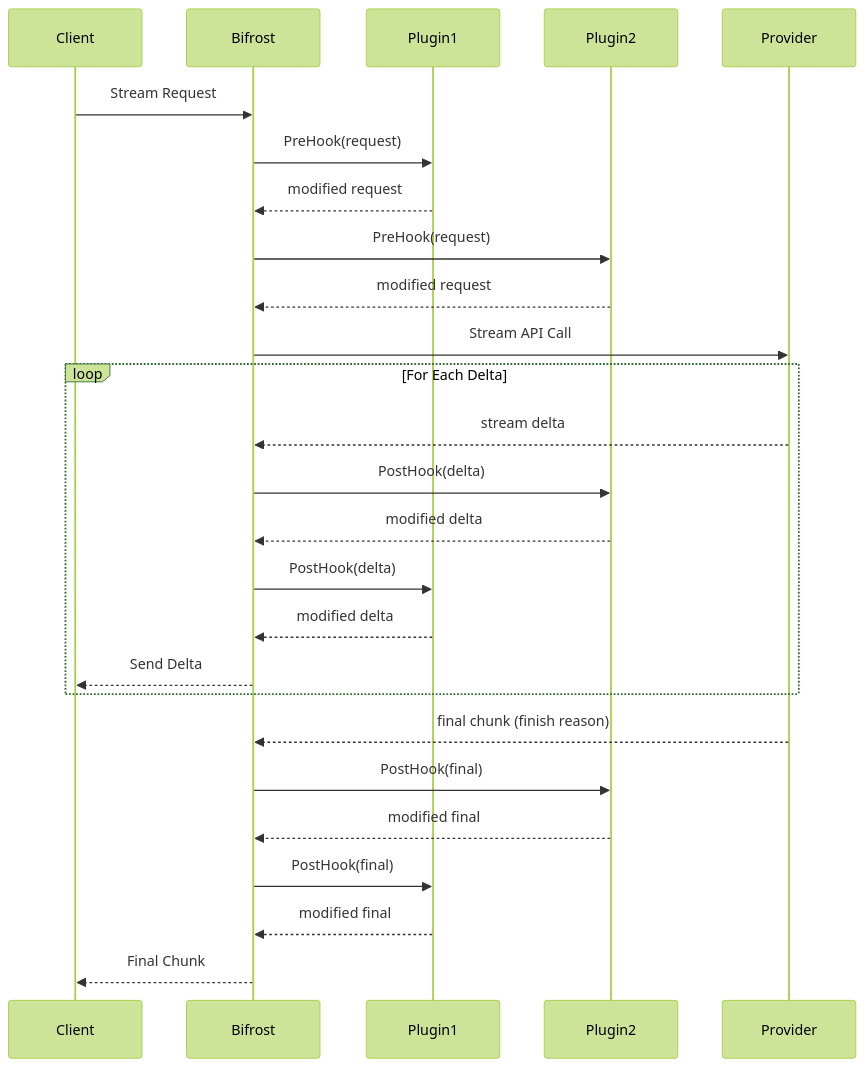
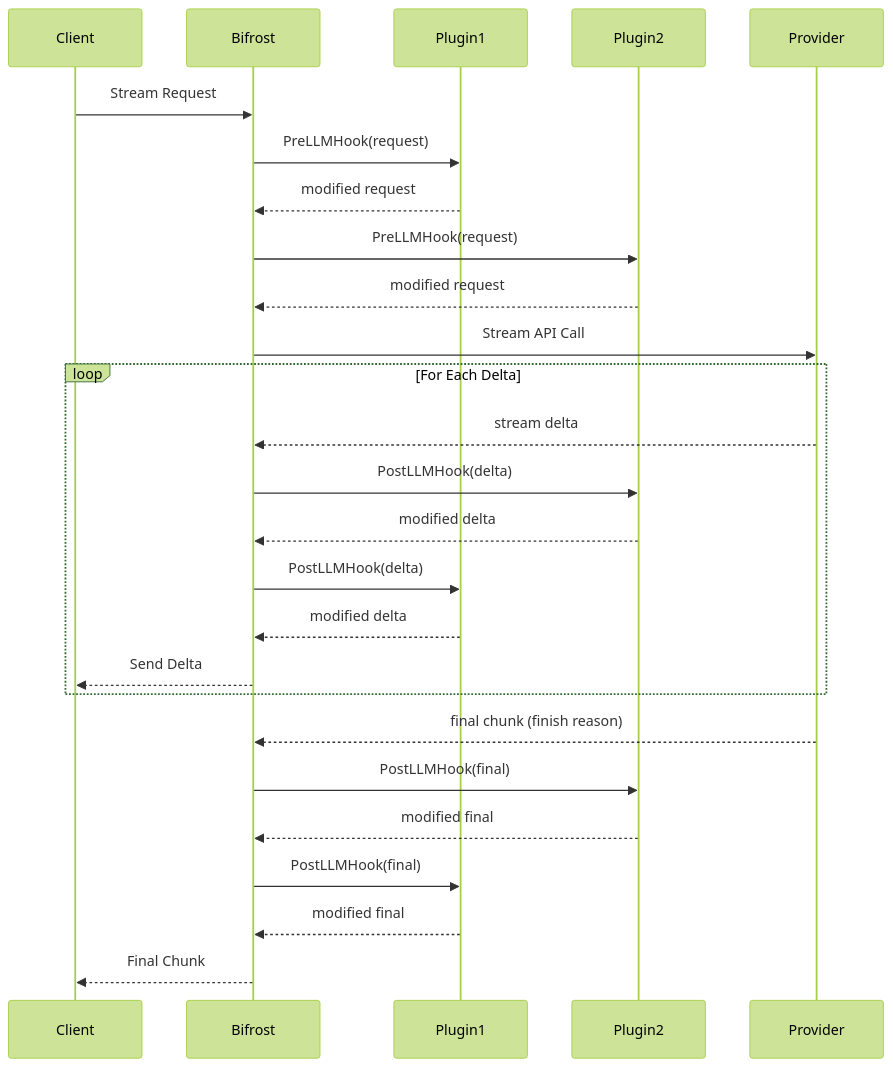
Before and after one commit to sammcj/bifrost: the fifth of 10 diagrams in docs/architecture/core/plugins.mdx, drawn with Mermaid (forest theme). The commit also changed other lines of this file and 156 other files, not shown here.

Commit message:
feat: plugin schema extensions for mcp plugins

````diff
--- a/docs/architecture/core/plugins.mdx
+++ b/docs/architecture/core/plugins.mdx
@@ -197,31 +197,31 @@
 ```mermaid
 sequenceDiagram
     participant Client
     participant Bifrost
     participant Plugin1
     participant Plugin2
     participant Provider
 
     Client->>Bifrost: Stream Request
-    Bifrost->>Plugin1: PreHook(request)
+    Bifrost->>Plugin1: PreLLMHook(request)
     Plugin1-->>Bifrost: modified request
-    Bifrost->>Plugin2: PreHook(request)
+    Bifrost->>Plugin2: PreLLMHook(request)
     Plugin2-->>Bifrost: modified request
     Bifrost->>Provider: Stream API Call
 
     loop For Each Delta
         Provider-->>Bifrost: stream delta
-        Bifrost->>Plugin2: PostHook(delta)
+        Bifrost->>Plugin2: PostLLMHook(delta)
         Plugin2-->>Bifrost: modified delta
-        Bifrost->>Plugin1: PostHook(delta)
+        Bifrost->>Plugin1: PostLLMHook(delta)
         Plugin1-->>Bifrost: modified delta
         Bifrost-->>Client: Send Delta
     end
 
     Provider-->>Bifrost: final chunk (finish reason)
-    Bifrost->>Plugin2: PostHook(final)
+    Bifrost->>Plugin2: PostLLMHook(final)
     Plugin2-->>Bifrost: modified final
-    Bifrost->>Plugin1: PostHook(final)
+    Bifrost->>Plugin1: PostLLMHook(final)
     Plugin1-->>Bifrost: modified final
     Bifrost-->>Client: Final Chunk
 ```
````
